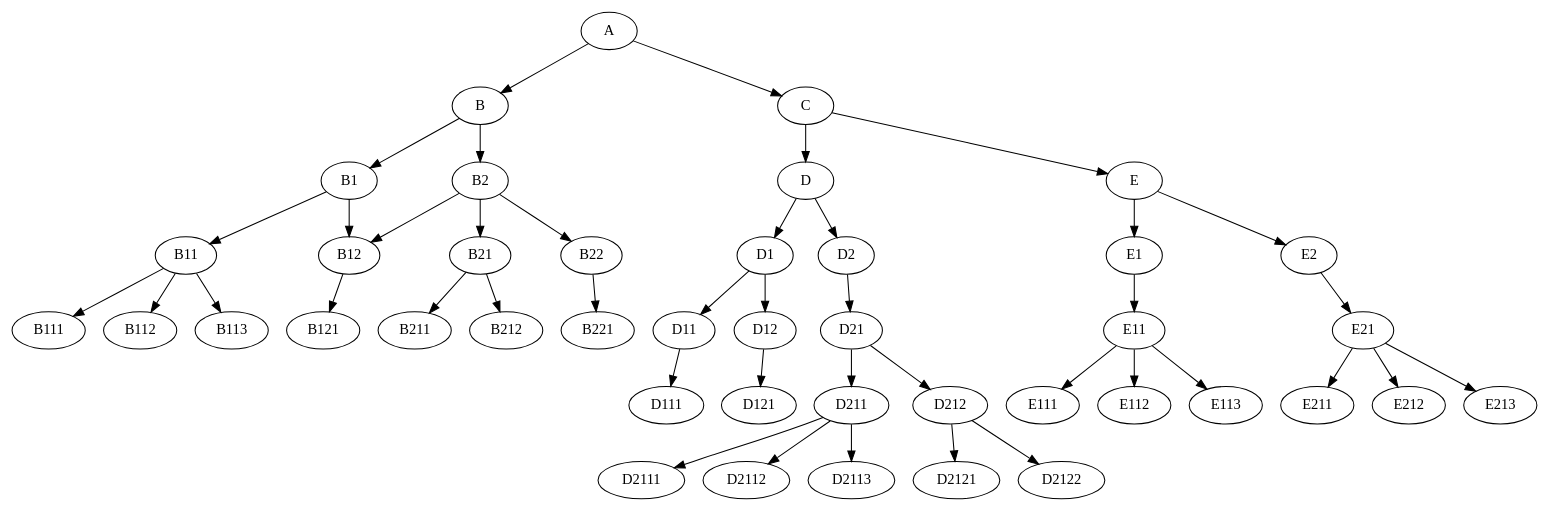
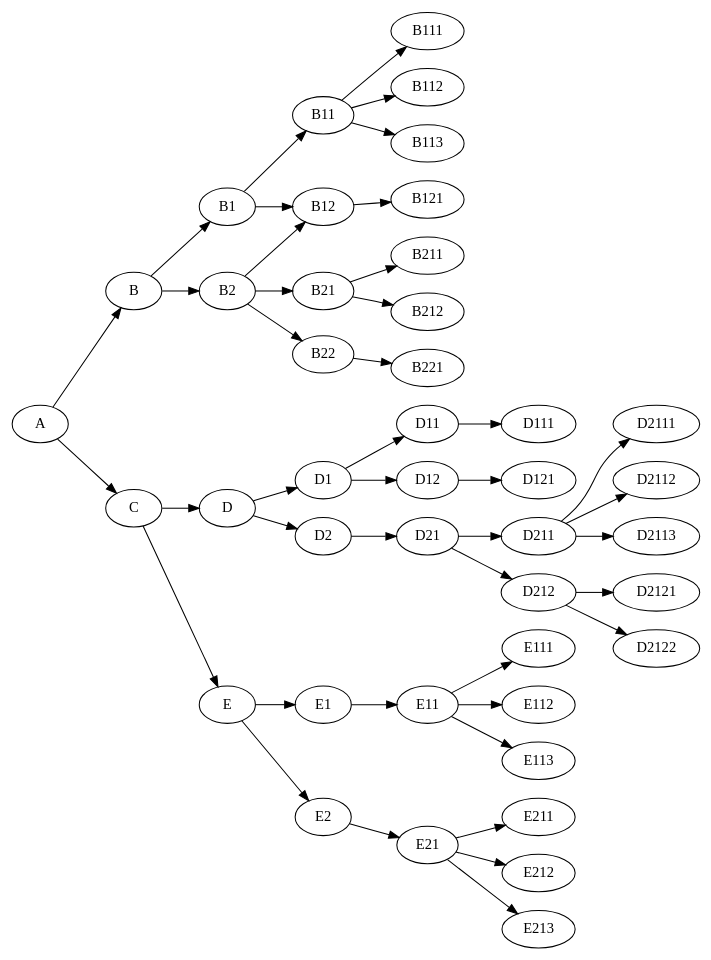
One commit to jonas-schmitt/thesis changed the diagram in tree_generation_scripts/related_work.dot. Above: the diagram before and after it, drawn with Graphviz. The commit also changed 4 other files, not shown here.

Commit message:
Complete document formatting according to editor remarks, only TODO: related work figure

```diff
--- a/tree_generation_scripts/related_work.dot
+++ b/tree_generation_scripts/related_work.dot
@@ -1,87 +1,88 @@
 digraph G {  
+  rankdir=LR ;
   ordering=in ;
   A[texlbl="AI-Based PDE Solvers"];
   A -> B
   A -> C
   B[texlbl="Continuous"];
   C[texlbl="Discrete"];
   B -> B1 
   B -> B2
   B1[texlbl="Physics-Informed"];
   B2[texlbl="Neural Operators"];
   B1 -> B11
   B1 -> B12
   B2 -> B12
   B2 -> B21
   B2 -> B22
   B11[texlbl="PINN"];
   B111[texlbl="[63]"];
   B112[texlbl="[64]"];
   B113[texlbl="[98]"];
   B11 -> B111
   B11 -> B112
   B11 -> B113
   B21[texlbl="FNO"];
   B211[texlbl="[45]"];
   B212[texlbl="[76]"];
   B21 -> B211
   B21 -> B212
   B22[texlbl="DeepONet"];
   B221[texlbl="[82]"];
   B22 -> B221
   B12[texlbl="PINO"];
   B121[texlbl="[77]"];
   B12 -> B121
   C -> D
   C -> E
   D[texlbl="ML-Based"];
   D -> D1
   D -> D2
   D1[texlbl="Standalone"];
   D1 -> D11
   D1 -> D12
   D11[texlbl="CNN"];
   D111[texlbl="[124]"];
   D11 -> D111
   D12[texlbl="GNN"];
   D121[texlbl="[93]"];
   D12 -> D121
   D2[texlbl="Hybrid"];
   D2 -> D21
   D21[texlbl="MG-Based"];
   D21 -> D211
   D21 -> D212
   D211[texlbl="Prolongation"];
   D2111[texlbl="[44]"];
   D2112[texlbl="[62]"];
   D2113[texlbl="[84]"];
   D211 -> D2111
   D211 -> D2112
   D211 -> D2113
   D212[texlbl="Smoothing"];
   D2121[texlbl="[32]"];
   D2122[texlbl="[57]"];
   D212 -> D2121
   D212 -> D2122
   E[texlbl="Algorithm Design"];
   E -> E1
   E -> E2
   E1[texlbl="Top-Down"];
   E2[texlbl="Bottom-Up"];
   E1 -> E11
   E2 -> E21
   E11[texlbl="Combinatorial"];
   E111[texlbl="[14]"];
   E112[texlbl="[92]"];
   E113[texlbl="[122]"];
   E11 -> E111
   E11 -> E112
   E11 -> E113
   E21[texlbl="Grammar-Based"];
   E211[texlbl="[111]"];
   E212[texlbl="[112]"];
   E213[texlbl="[113]"];
   E21 -> E211
   E21 -> E212
   E21 -> E213
 }
```
